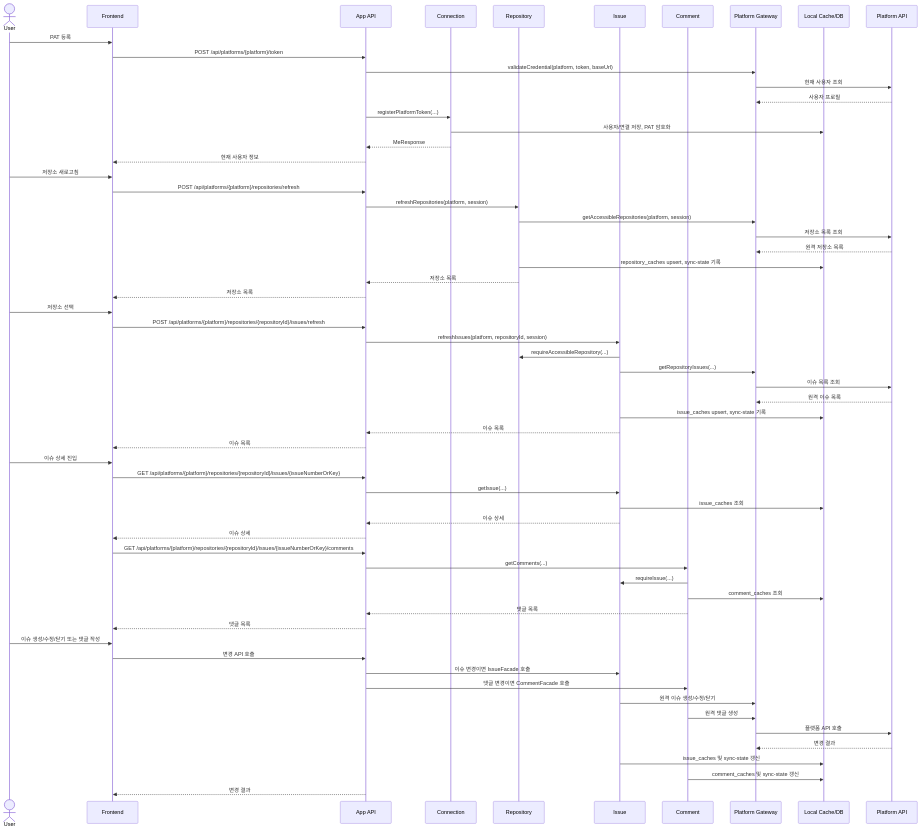
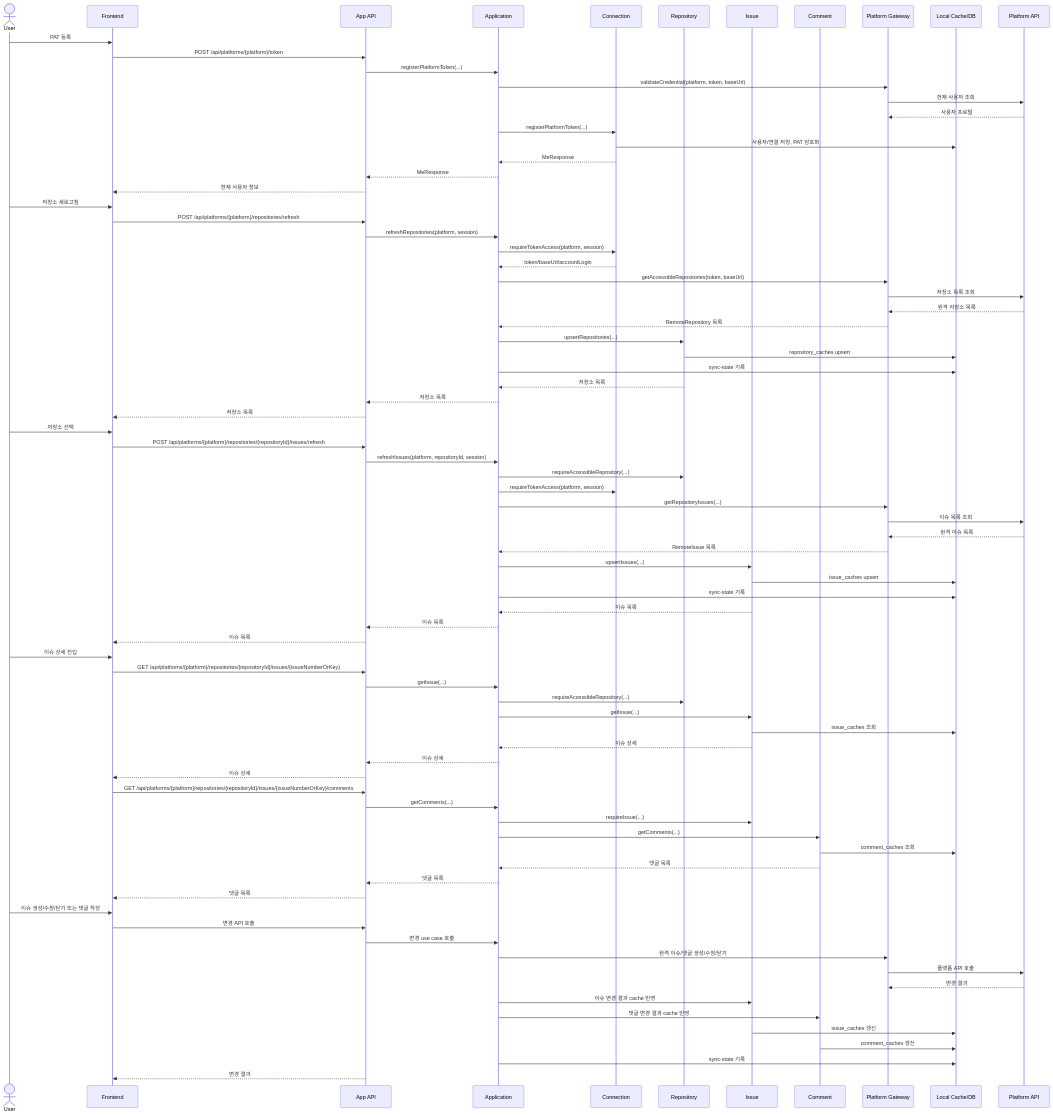
Before and after one commit to Jungwoook/github-issue-manager: the second of 2 diagrams in docs/10-main-use-case-flow.md, drawn with Mermaid. The commit also changed other lines of this file and 10 other files, not shown here.

````diff
--- a/docs/10-main-use-case-flow.md
+++ b/docs/10-main-use-case-flow.md
@@ -81,6 +84,7 @@
     actor U as User
     participant F as Frontend
     participant API as App API
+    participant AppSvc as Application
     participant Conn as Connection
     participant Repo as Repository
     participant Issue as Issue
@@ -91,58 +95,77 @@
 
     U->>F: PAT 등록
     F->>API: POST /api/platforms/{platform}/token
-    API->>Platform: validateCredential(platform, token, baseUrl)
+    API->>AppSvc: registerPlatformToken(...)
+    AppSvc->>Platform: validateCredential(platform, token, baseUrl)
     Platform->>Remote: 현재 사용자 조회
     Remote-->>Platform: 사용자 프로필
-    API->>Conn: registerPlatformToken(...)
+    AppSvc->>Conn: registerPlatformToken(...)
     Conn->>DB: 사용자/연결 저장, PAT 암호화
-    Conn-->>API: MeResponse
+    Conn-->>AppSvc: MeResponse
+    AppSvc-->>API: MeResponse
     API-->>F: 현재 사용자 정보
 
     U->>F: 저장소 새로고침
     F->>API: POST /api/platforms/{platform}/repositories/refresh
-    API->>Repo: refreshRepositories(platform, session)
-    Repo->>Platform: getAccessibleRepositories(platform, session)
+    API->>AppSvc: refreshRepositories(platform, session)
+    AppSvc->>Conn: requireTokenAccess(platform, session)
+    Conn-->>AppSvc: token/baseUrl/accountLogin
+    AppSvc->>Platform: getAccessibleRepositories(token, baseUrl)
     Platform->>Remote: 저장소 목록 조회
     Remote-->>Platform: 원격 저장소 목록
-    Repo->>DB: repository_caches upsert, sync-state 기록
-    Repo-->>API: 저장소 목록
+    Platform-->>AppSvc: RemoteRepository 목록
+    AppSvc->>Repo: upsertRepositories(...)
+    Repo->>DB: repository_caches upsert
+    AppSvc->>DB: sync-state 기록
+    Repo-->>AppSvc: 저장소 목록
+    AppSvc-->>API: 저장소 목록
     API-->>F: 저장소 목록
 
     U->>F: 저장소 선택
     F->>API: POST /api/platforms/{platform}/repositories/{repositoryId}/issues/refresh
-    API->>Issue: refreshIssues(platform, repositoryId, session)
-    Issue->>Repo: requireAccessibleRepository(...)
-    Issue->>Platform: getRepositoryIssues(...)
+    API->>AppSvc: refreshIssues(platform, repositoryId, session)
+    AppSvc->>Repo: requireAccessibleRepository(...)
+    AppSvc->>Conn: requireTokenAccess(platform, session)
+    AppSvc->>Platform: getRepositoryIssues(...)
     Platform->>Remote: 이슈 목록 조회
     Remote-->>Platform: 원격 이슈 목록
-    Issue->>DB: issue_caches upsert, sync-state 기록
-    Issue-->>API: 이슈 목록
+    Platform-->>AppSvc: RemoteIssue 목록
+    AppSvc->>Issue: upsertIssues(...)
+    Issue->>DB: issue_caches upsert
+    AppSvc->>DB: sync-state 기록
+    Issue-->>AppSvc: 이슈 목록
+    AppSvc-->>API: 이슈 목록
     API-->>F: 이슈 목록
 
     U->>F: 이슈 상세 진입
     F->>API: GET /api/platforms/{platform}/repositories/{repositoryId}/issues/{issueNumberOrKey}
-    API->>Issue: getIssue(...)
+    API->>AppSvc: getIssue(...)
+    AppSvc->>Repo: requireAccessibleRepository(...)
+    AppSvc->>Issue: getIssue(...)
     Issue->>DB: issue_caches 조회
-    Issue-->>API: 이슈 상세
+    Issue-->>AppSvc: 이슈 상세
+    AppSvc-->>API: 이슈 상세
     API-->>F: 이슈 상세
 
     F->>API: GET /api/platforms/{platform}/repositories/{repositoryId}/issues/{issueNumberOrKey}/comments
-    API->>Comment: getComments(...)
-    Comment->>Issue: requireIssue(...)
+    API->>AppSvc: getComments(...)
+    AppSvc->>Issue: requireIssue(...)
+    AppSvc->>Comment: getComments(...)
     Comment->>DB: comment_caches 조회
-    Comment-->>API: 댓글 목록
+    Comment-->>AppSvc: 댓글 목록
+    AppSvc-->>API: 댓글 목록
     API-->>F: 댓글 목록
 
     U->>F: 이슈 생성/수정/닫기 또는 댓글 작성
     F->>API: 변경 API 호출
-    API->>Issue: 이슈 변경이면 IssueFacade 호출
-    API->>Comment: 댓글 변경이면 CommentFacade 호출
-    Issue->>Platform: 원격 이슈 생성/수정/닫기
-    Comment->>Platform: 원격 댓글 생성
+    API->>AppSvc: 변경 use case 호출
+    AppSvc->>Platform: 원격 이슈/댓글 생성/수정/닫기
     Platform->>Remote: 플랫폼 API 호출
     Remote-->>Platform: 변경 결과
-    Issue->>DB: issue_caches 및 sync-state 갱신
-    Comment->>DB: comment_caches 및 sync-state 갱신
+    AppSvc->>Issue: 이슈 변경 결과 cache 반영
+    AppSvc->>Comment: 댓글 변경 결과 cache 반영
+    Issue->>DB: issue_caches 갱신
+    Comment->>DB: comment_caches 갱신
+    AppSvc->>DB: sync-state 기록
     API-->>F: 변경 결과
 ```
````
